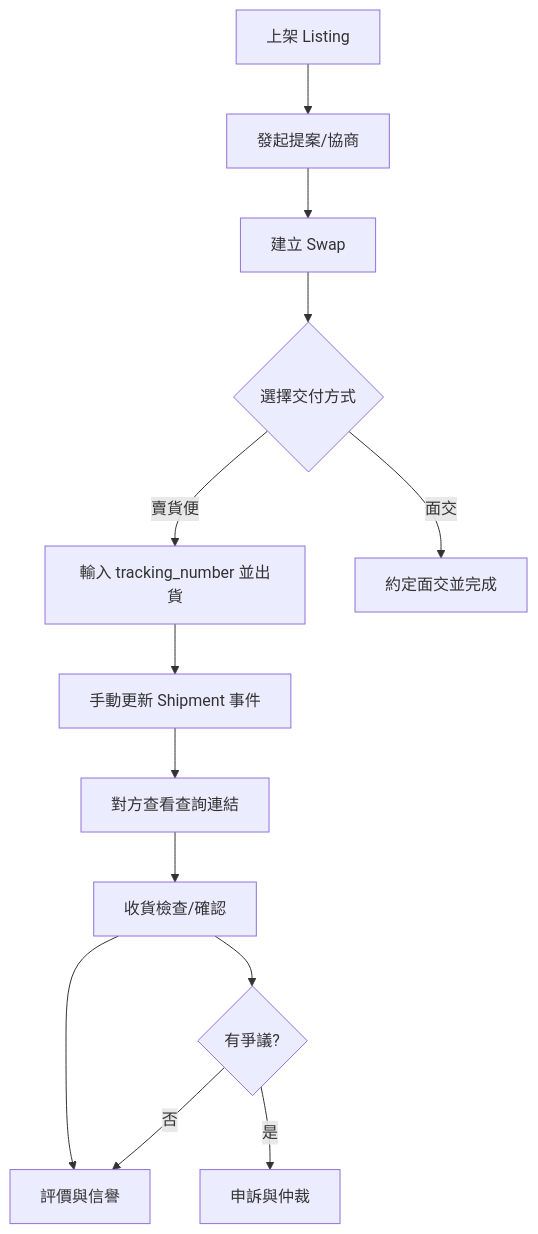
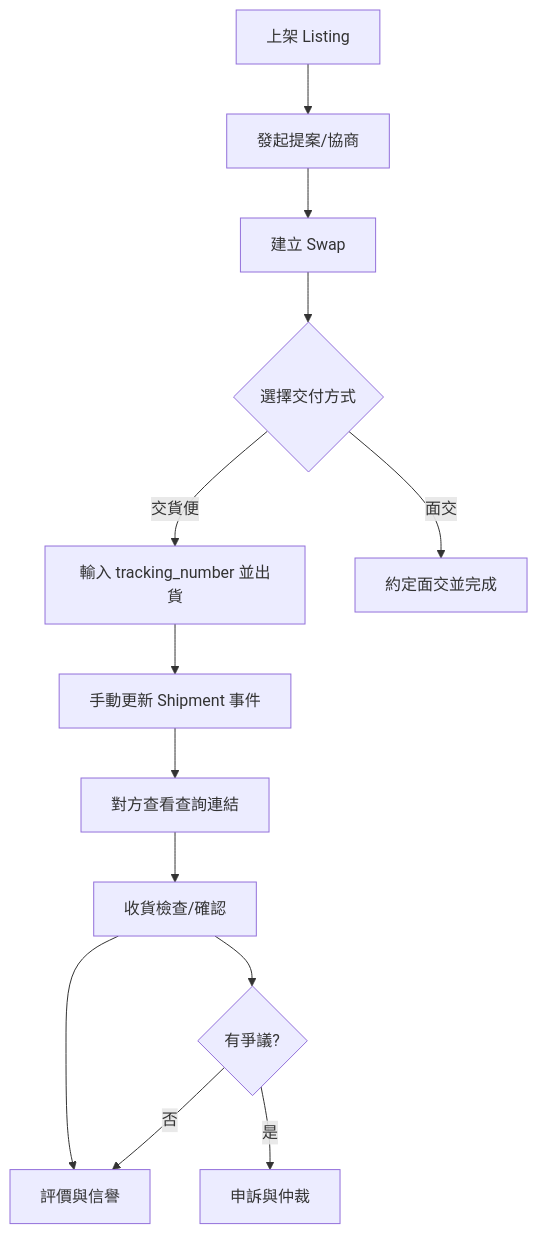
The first of 2 diagrams in docs/software-requirements-specification.md (chi157/Exchange-Platform), drawn with Mermaid before and after one commit. The commit also changed other lines of this file and 15 other files, not shown here.

Commit message:
成功加入交貨便貨物狀態查詢 並且改系統內說到 "賣貨便"的地方都改為 "交貨便"

````diff
--- a/docs/software-requirements-specification.md
+++ b/docs/software-requirements-specification.md
@@ -74,15 +74,15 @@
 ```mermaid
 flowchart TD
   A[上架 Listing] --> B[發起提案/協商]
   B --> C[建立 Swap]
   C --> D{選擇交付方式}
-  D -->|賣貨便| E[輸入 tracking_number 並出貨]
+  D -->|交貨便| E[輸入 tracking_number 並出貨]
   D -->|面交| F[約定面交並完成]
   E --> G[手動更新 Shipment 事件]
   G --> H[對方查看查詢連結]
   H --> I[收貨檢查/確認]
   I --> J[評價與信譽]
   I --> K{有爭議?}
   K -->|是| L[申訴與仲裁]
   K -->|否| J
 ```
````
